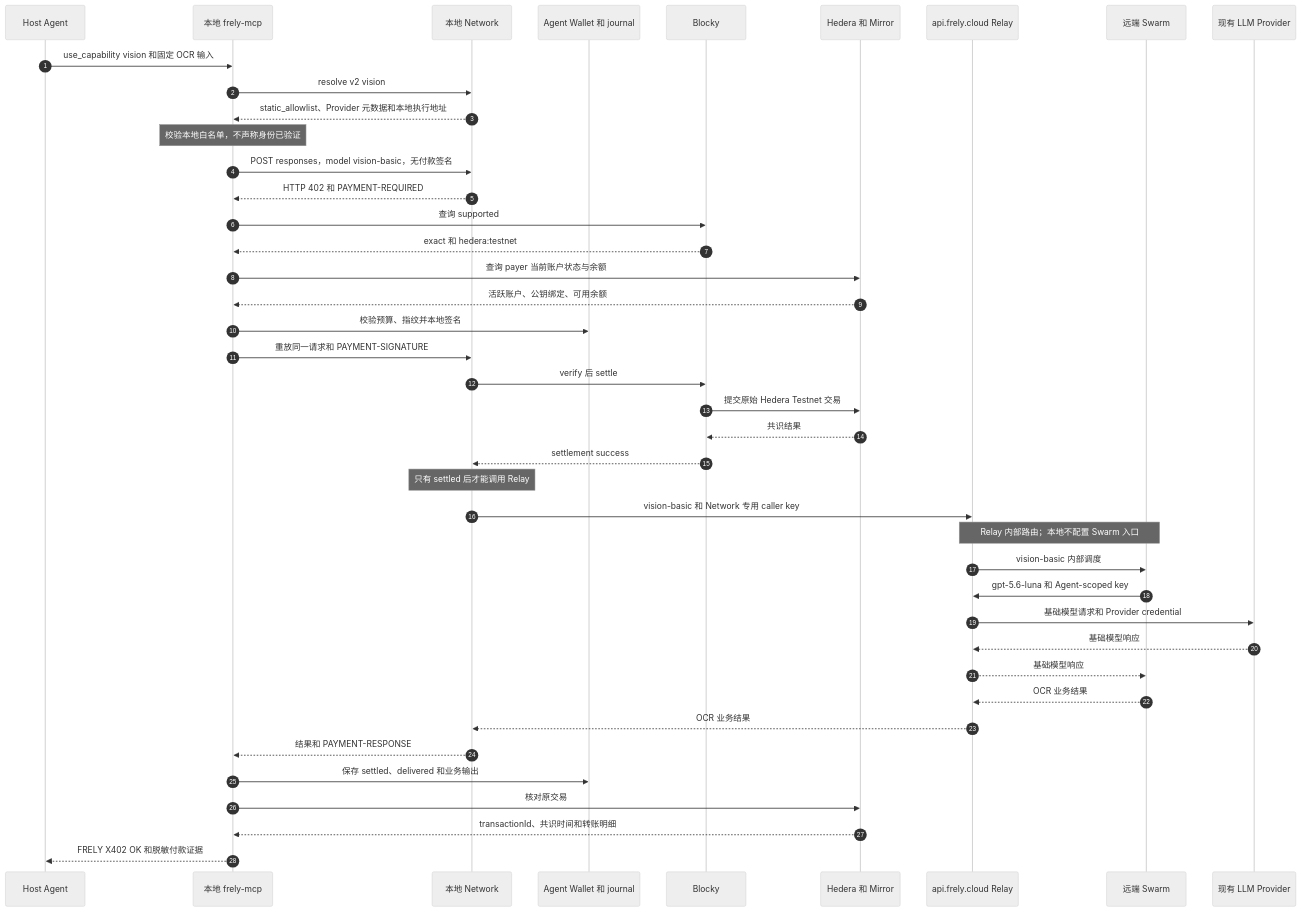
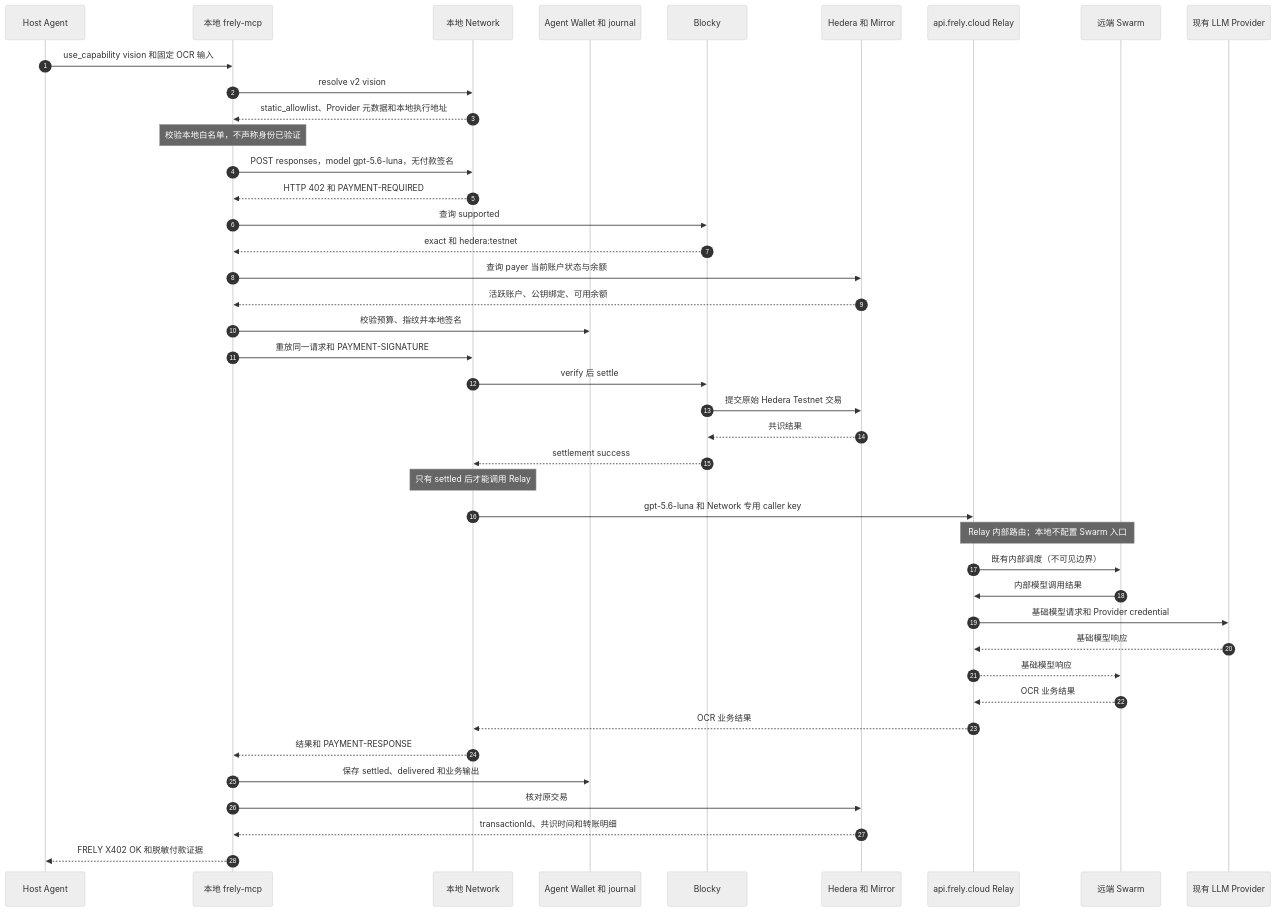
One commit to FrelyHQ/frely-network changed the diagram in docs/superpowers/specs/2026-09-12-local-network-static-provider-x402-e2e-design.md. Above: the diagram before and after it, drawn with Mermaid (neutral theme). The commit also changed other lines of this file and 13 other files, not shown here.

Commit message:
feat(e2e): complete one-HBAR static provider flow

````diff
--- a/docs/superpowers/specs/2026-09-12-local-network-static-provider-x402-e2e-design.md
+++ b/docs/superpowers/specs/2026-09-12-local-network-static-provider-x402-e2e-design.md
@@ -285,45 +287,45 @@
 ```mermaid
 sequenceDiagram
     autonumber
     participant H as Host Agent
     participant M as 本地 frely-mcp
     participant N as 本地 Network
     participant W as Agent Wallet 和 journal
     participant B as Blocky
     participant L as Hedera 和 Mirror
     participant R as api.frely.cloud Relay
     participant S as 远端 Swarm
     participant P as 现有 LLM Provider
 
     H->>M: use_capability vision 和固定 OCR 输入
     M->>N: resolve v2 vision
     N-->>M: static_allowlist、Provider 元数据和本地执行地址
     Note over M: 校验本地白名单，不声称身份已验证
-    M->>N: POST responses，model vision-basic，无付款签名
+    M->>N: POST responses，model gpt-5.6-luna，无付款签名
     N-->>M: HTTP 402 和 PAYMENT-REQUIRED
     M->>B: 查询 supported
     B-->>M: exact 和 hedera:testnet
     M->>L: 查询 payer 当前账户状态与余额
     L-->>M: 活跃账户、公钥绑定、可用余额
     M->>W: 校验预算、指纹并本地签名
     M->>N: 重放同一请求和 PAYMENT-SIGNATURE
     N->>B: verify 后 settle
     B->>L: 提交原始 Hedera Testnet 交易
     L-->>B: 共识结果
     B-->>N: settlement success
     Note over N: 只有 settled 后才能调用 Relay
-    N->>R: vision-basic 和 Network 专用 caller key
+    N->>R: gpt-5.6-luna 和 Network 专用 caller key
     Note over R,S: Relay 内部路由；本地不配置 Swarm 入口
-    R->>S: vision-basic 内部调度
-    S->>R: gpt-5.6-luna 和 Agent-scoped key
+    R->>S: 既有内部调度（不可见边界）
+    S->>R: 内部模型调用结果
     R->>P: 基础模型请求和 Provider credential
     P-->>R: 基础模型响应
     R-->>S: 基础模型响应
     S-->>R: OCR 业务结果
     R-->>N: OCR 业务结果
     N-->>M: 结果和 PAYMENT-RESPONSE
     M->>W: 保存 settled、delivered 和业务输出
     M->>L: 核对原交易
     L-->>M: transactionId、共识时间和转账明细
     M-->>H: FRELY X402 OK 和脱敏付款证据
 ```
````
